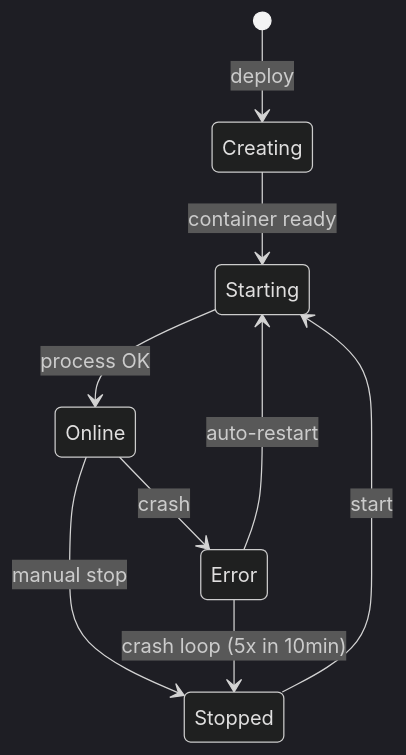
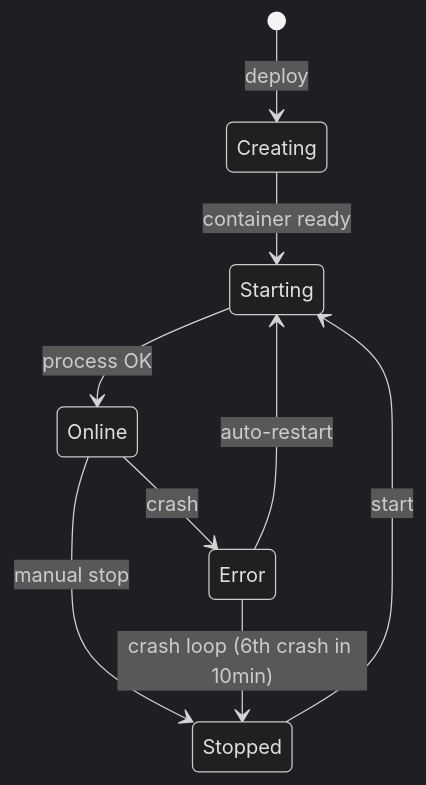
One commit to vertracloud/docs changed the diagram in applications.mdx. Above: the diagram before and after it, drawn with Mermaid (dark theme). The commit also changed other lines of this file and 216 other files, not shown here.

````diff
--- a/applications.mdx
+++ b/applications.mdx
@@ -104,11 +106,11 @@
 ```mermaid
 stateDiagram-v2
     [*] --> Creating: deploy
     Creating --> Starting: container ready
     Starting --> Online: process OK
     Online --> Stopped: manual stop
     Online --> Error: crash
     Error --> Starting: auto-restart
     Stopped --> Starting: start
-    Error --> Stopped: crash loop (5x in 10min)
+    Error --> Stopped: crash loop (6th crash in 10min)
 ```
````
